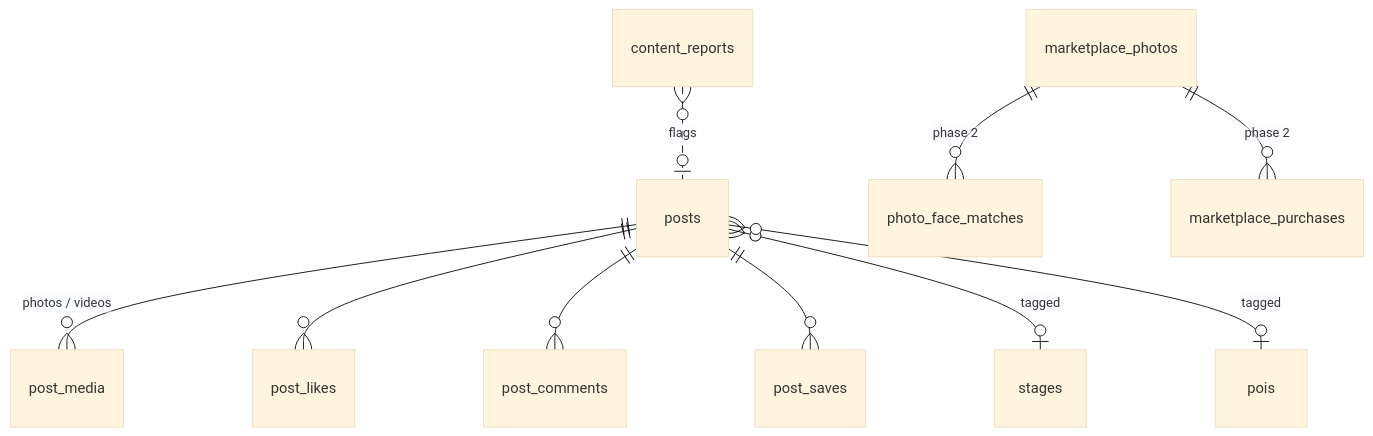
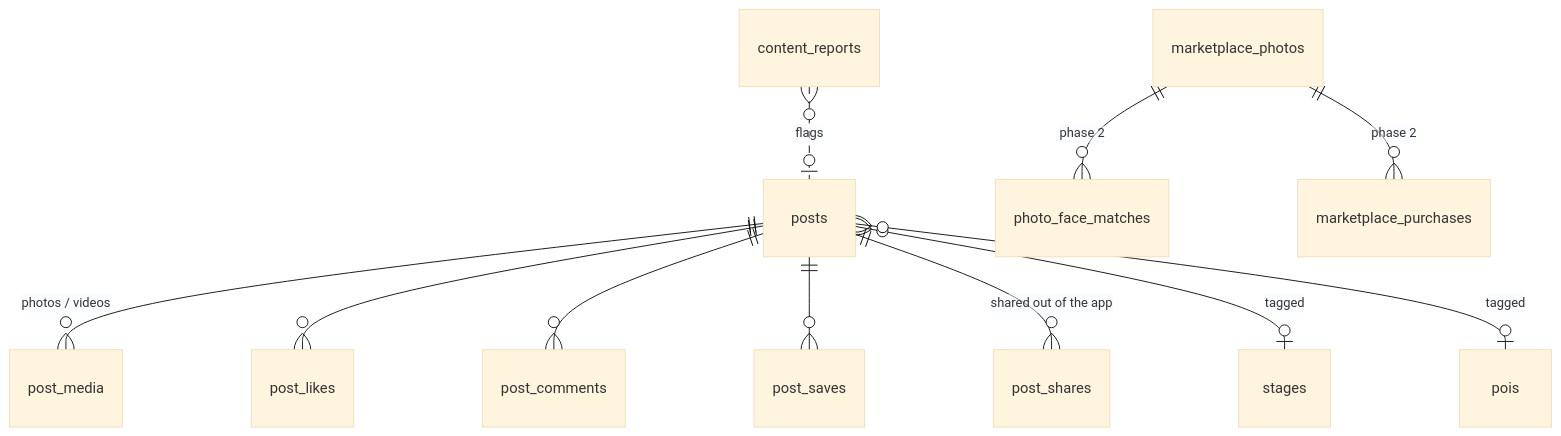
The fifth of 7 diagrams in supabase/README.md (andrewsus83-design/CaminoPlus), drawn with Mermaid (base theme) before and after one commit. The commit also changed other lines of this file and 2 other files, not shown here.

First line of the commit message:
Post engagement counters: save_count, share_count, post_shares, record_post_share()

````diff
--- a/supabase/README.md
+++ b/supabase/README.md
@@ -175,12 +176,13 @@
 ```mermaid
 erDiagram
   posts ||--o{ post_media : "photos / videos"
   posts ||--o{ post_likes : ""
   posts ||--o{ post_comments : ""
   posts ||--o{ post_saves : ""
+  posts ||--o{ post_shares : "shared out of the app"
   posts }o--o| stages : "tagged"
   posts }o--o| pois : "tagged"
   content_reports }o..o| posts : "flags"
   marketplace_photos ||--o{ photo_face_matches : "phase 2"
   marketplace_photos ||--o{ marketplace_purchases : "phase 2"
 ```
````
